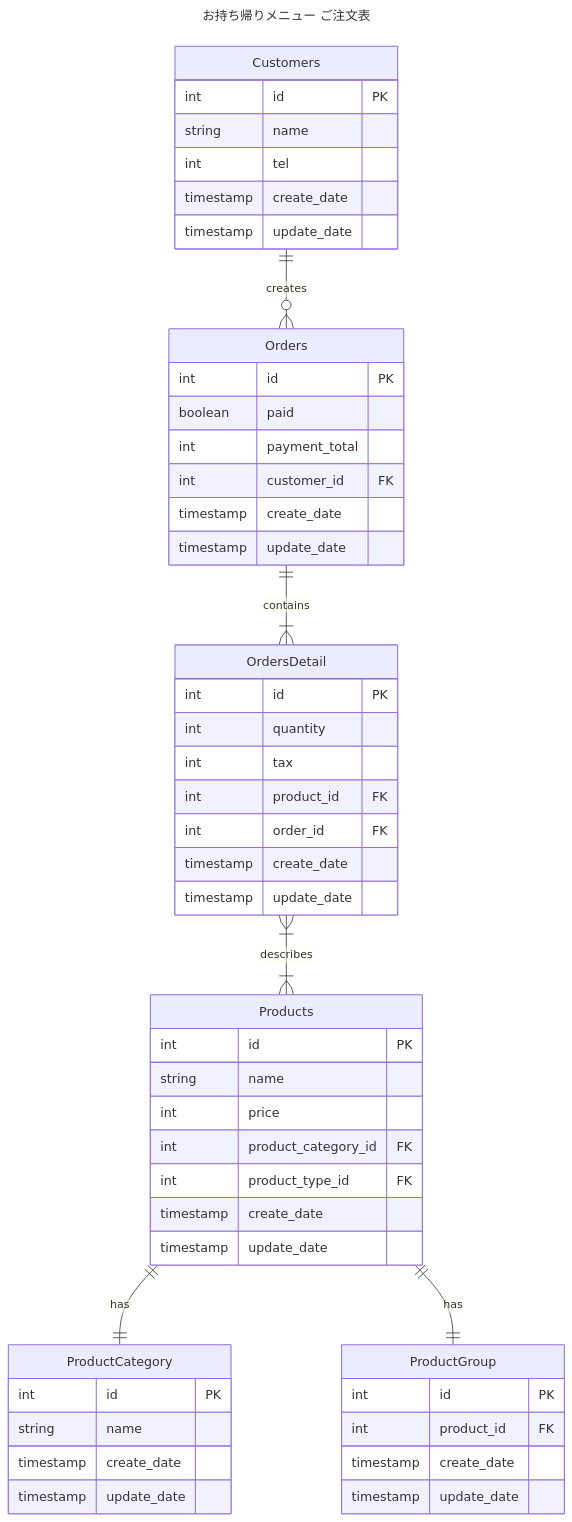
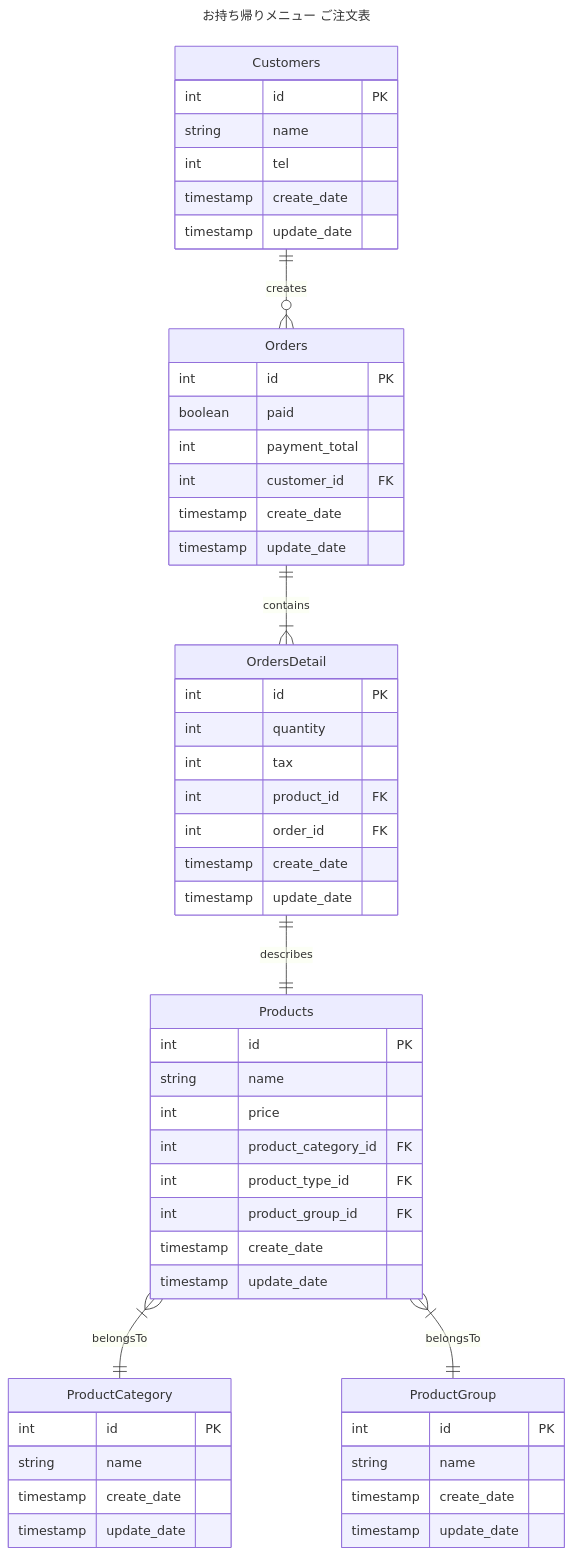
Before and after one commit to ttakuma17/til: the first of 2 diagrams in db/modeling/1/1-1.md, drawn with Mermaid. The commit also changed other lines of this file and 1 other file, not shown here.

Commit message:
ER図のリレーション更新漏れ

````diff
--- a/db/modeling/1/1-1.md
+++ b/db/modeling/1/1-1.md
@@ -4,56 +4,57 @@
 ```mermaid
 ---
 title: お持ち帰りメニュー ご注文表
 ---
 erDiagram
     Customers ||--o{ Orders : creates
     Customers {
         int id PK
         string name
         int tel
         timestamp create_date
         timestamp update_date
     }
     Orders ||--|{ OrdersDetail : contains
 	  Orders { 
         int id PK
         boolean paid
         int payment_total
         int customer_id FK
         timestamp create_date
         timestamp update_date
     }
-    OrdersDetail }|--|{ Products : describes
+    OrdersDetail ||--|| Products : describes
     OrdersDetail {
         int id PK
         int quantity
         int tax
         int product_id FK
         int order_id FK
         timestamp create_date
         timestamp update_date
     }
-    Products ||--|| ProductCategory : has
+    Products }|--|| ProductCategory : belongsTo
     Products {
         int id PK
         string name
         int price
         int product_category_id FK
         int product_type_id FK
+        int product_group_id FK
         timestamp create_date
         timestamp update_date
     }
-    Products ||--|| ProductGroup : has
+    Products }|--|| ProductGroup : belongsTo
     ProductGroup {
         int id PK
-        int product_id FK
+        string name
         timestamp create_date
         timestamp update_date
     }
     ProductCategory {
         int id PK
         string name
         timestamp create_date
         timestamp update_date
     }
 ```
````
